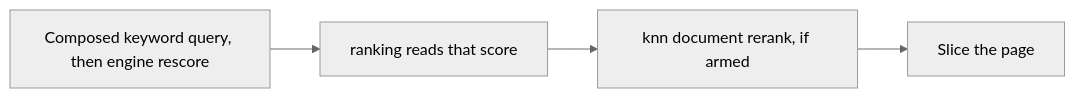
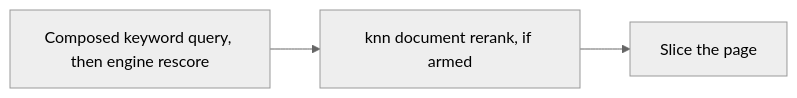
The diagram in docs/developers/search-v3-design.md (datahub-project/datahub), drawn with Mermaid (neutral theme) before and after one commit. The commit also changed other lines of this file and 1 other file, not shown here.

First line of the commit message:
docs(search): document Search V3 template operators

````diff
--- a/docs/developers/search-v3-design.md
+++ b/docs/developers/search-v3-design.md
@@ -690,6 +611,5 @@
 ```mermaid
 flowchart LR
-  render["Composed keyword query, then engine rescore"] --> ranking["ranking reads that score"]
-  ranking --> knn["knn document rerank, if armed"]
+  render["Composed keyword query, then engine rescore"] --> knn["knn document rerank, if armed"]
   knn --> slice["Slice the page"]
 ```
````
